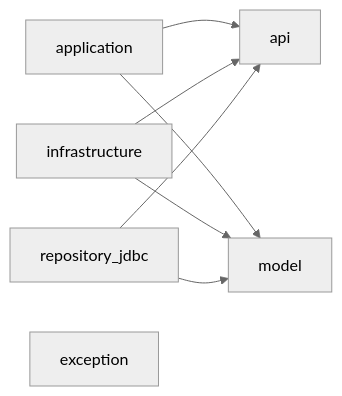
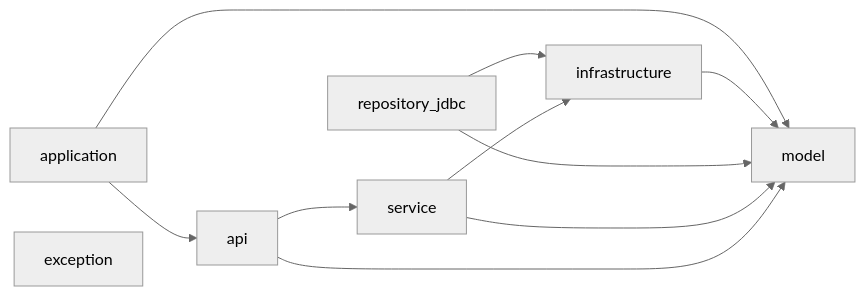
The diagram in README.md (dkGithup2022/claude_code_multimodule_script), drawn with Mermaid (neutral theme) before and after one commit.

Commit message:
머메이드 표현식 수정

````diff
--- a/README.md
+++ b/README.md
@@ -221,20 +221,24 @@
 ```mermaid
 graph LR
   api[api]
   model[model]
   app[application]
   infra[infrastructure]
   repo[repository_jdbc]
   ex[exception]
 
   app --> api
   app --> model
 
-  infra --> api
   infra --> model
 
-  repo --> api
+  repo --> infra
   repo --> model
 
+  service --> infra
+  service --> model 
+  
+  api --> service
+  api --> model
 
 ```
````
